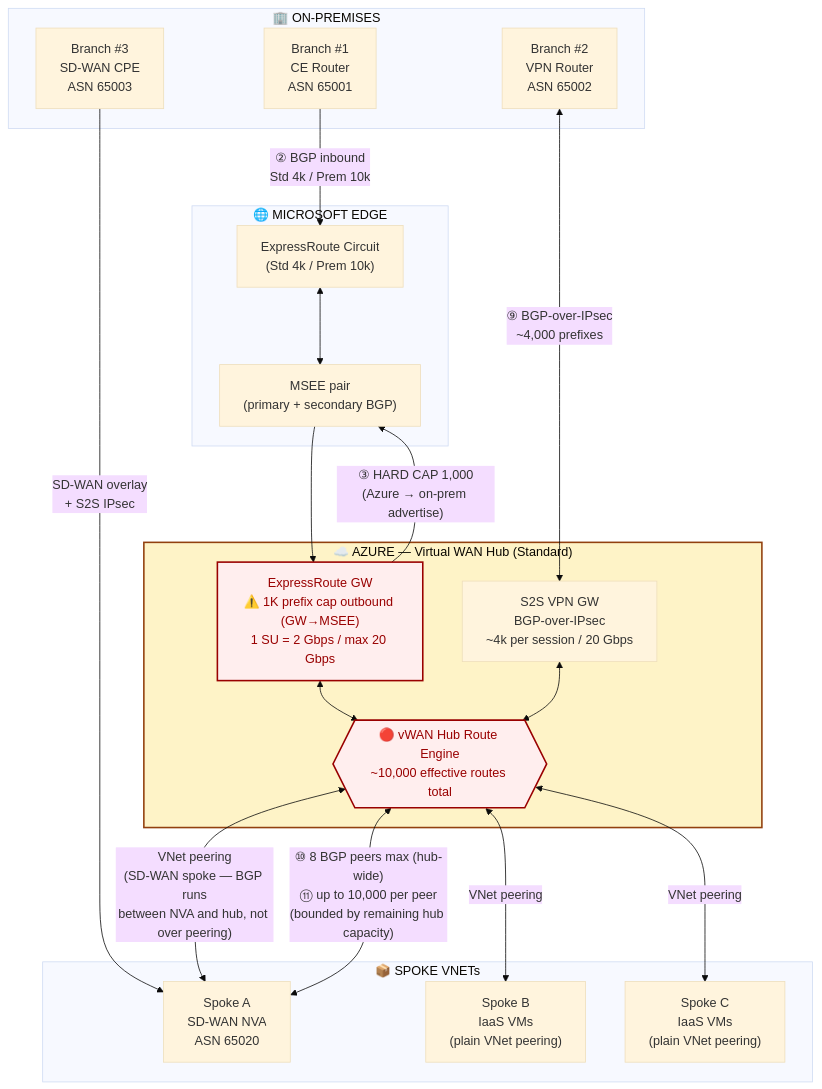
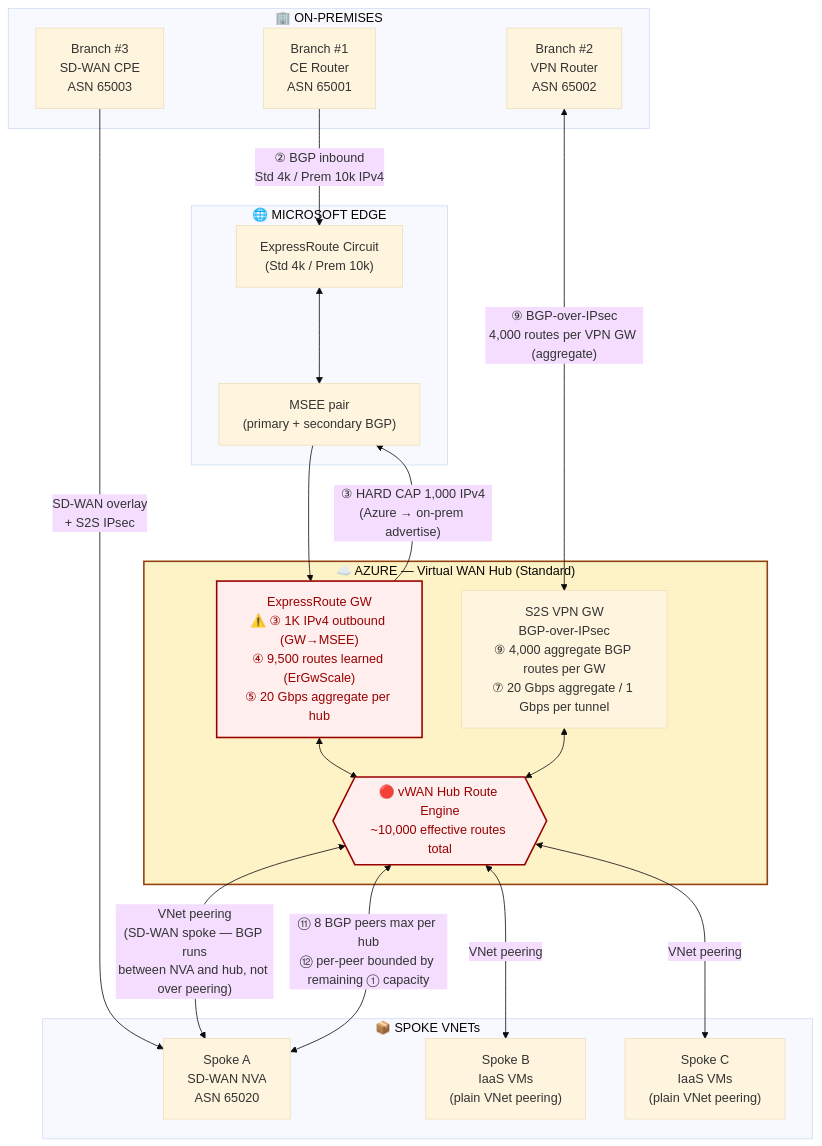
One commit to adtork/vwan-routing-limits changed the first of 3 diagrams in README.md. Above: the diagram before and after it, drawn with Mermaid (base theme). The commit also changed other lines of this file, not shown here.

````diff
--- a/README.md
+++ b/README.md
@@ -21,46 +21,46 @@
 ```mermaid
 flowchart TB
     subgraph OnPrem["🏢 ON-PREMISES"]
         B1["Branch #1<br/>CE Router<br/>ASN 65001"]
         B2["Branch #2<br/>VPN Router<br/>ASN 65002"]
         B3["Branch #3<br/>SD-WAN CPE<br/>ASN 65003"]
     end
 
     subgraph Edge["🌐 MICROSOFT EDGE"]
         ERC["ExpressRoute Circuit<br/>(Std 4k / Prem 10k)"]
         MSEE["MSEE pair<br/>(primary + secondary BGP)"]
     end
 
     subgraph Hub["☁️ AZURE — Virtual WAN Hub (Standard)"]
-        ERGW["ExpressRoute GW<br/>⚠️ 1K prefix cap outbound (GW→MSEE)<br/>1 SU = 2 Gbps / max 20 Gbps"]
-        VPNGW["S2S VPN GW<br/>BGP-over-IPsec<br/>~4k per session / 20 Gbps"]
+        ERGW["ExpressRoute GW<br/>⚠️ ③ 1K IPv4 outbound (GW→MSEE)<br/>④ 9,500 routes learned (ErGwScale)<br/>⑤ 20 Gbps aggregate per hub"]
+        VPNGW["S2S VPN GW<br/>BGP-over-IPsec<br/>⑨ 4,000 aggregate BGP routes per GW<br/>⑦ 20 Gbps aggregate / 1 Gbps per tunnel"]
         ENGINE{{"🔴 vWAN Hub Route Engine<br/>~10,000 effective routes total"}}
     end
 
     subgraph Spokes["📦 SPOKE VNETs"]
         SA["Spoke A<br/>SD-WAN NVA<br/>ASN 65020"]
         SB["Spoke B<br/>IaaS VMs<br/>(plain VNet peering)"]
         SC["Spoke C<br/>IaaS VMs<br/>(plain VNet peering)"]
     end
 
-    B1 -->|"② BGP inbound<br/>Std 4k / Prem 10k"| ERC
+    B1 -->|"② BGP inbound<br/>Std 4k / Prem 10k IPv4"| ERC
     ERC <--> MSEE
     MSEE --> ERGW
-    ERGW -->|"③ HARD CAP 1,000<br/>(Azure → on-prem advertise)"| MSEE
+    ERGW -->|"③ HARD CAP 1,000 IPv4<br/>(Azure → on-prem advertise)"| MSEE
     ERGW <--> ENGINE
 
-    B2 <-->|"⑨ BGP-over-IPsec<br/>~4,000 prefixes"| VPNGW
+    B2 <-->|"⑨ BGP-over-IPsec<br/>4,000 routes per VPN GW (aggregate)"| VPNGW
     VPNGW <--> ENGINE
 
     B3 -->|"SD-WAN overlay<br/>+ S2S IPsec"| SA
-    SA <-->|"⑩ 8 BGP peers max (hub-wide)<br/>⑪ up to 10,000 per peer<br/>(bounded by remaining hub capacity)"| ENGINE
+    SA <-->|"⑪ 8 BGP peers max per hub<br/>⑫ per-peer bounded by remaining ① capacity"| ENGINE
 
     ENGINE <-->|"VNet peering"| SB
     ENGINE <-->|"VNet peering"| SC
     ENGINE <-->|"VNet peering<br/>(SD-WAN spoke — BGP runs<br/>between NVA and hub, not over peering)"| SA
 
     classDef cap fill:#fee,stroke:#900,stroke-width:2px,color:#900
     classDef hub fill:#fef3c7,stroke:#92400e,stroke-width:2px
     class ENGINE,ERGW cap
     class Hub hub
 ```
````
